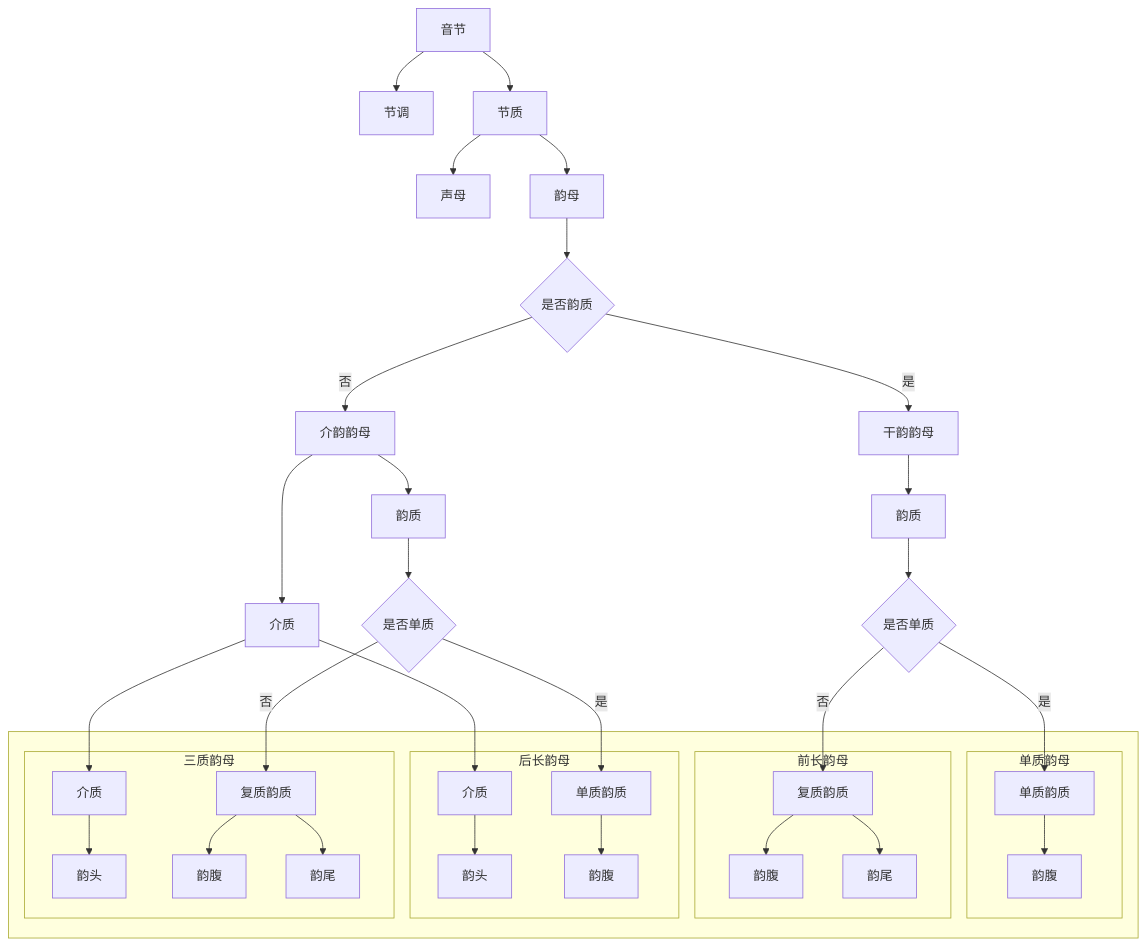
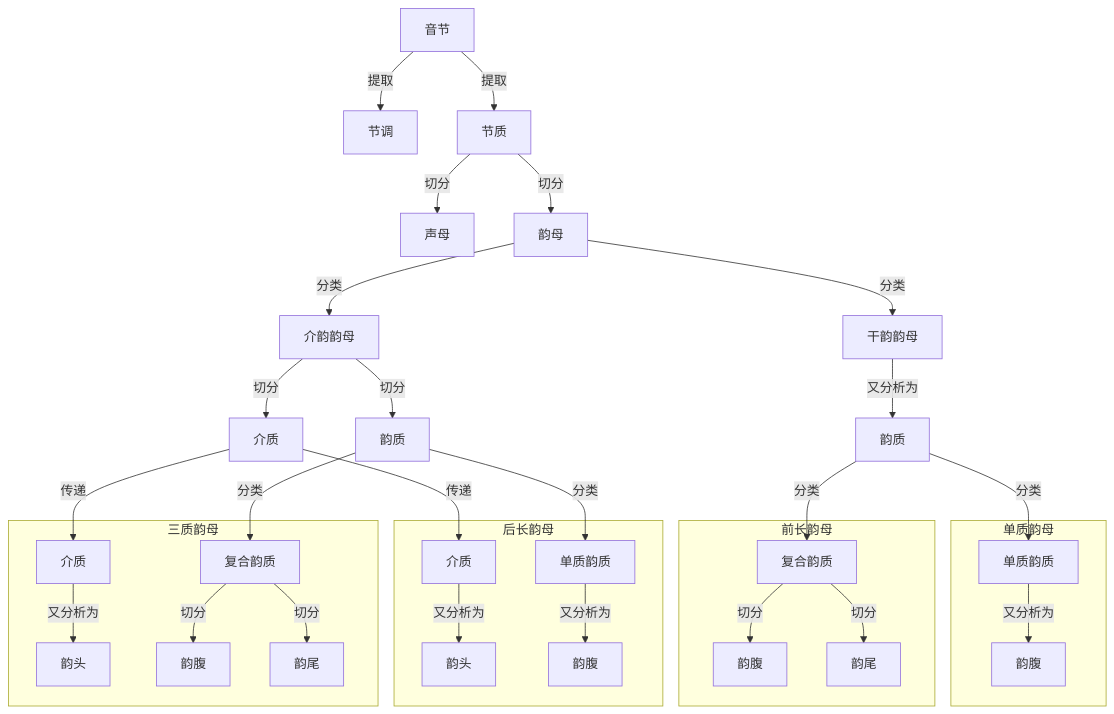
One commit to tsaanghwang/Yime-prototype changed the diagram in YIME_Theory/flowchart/节调质素分析.mmd. Above: the diagram before and after it, drawn with Mermaid. The commit also changed other lines of this file and 9 other files, not shown here.

```diff
--- a/YIME_Theory/flowchart/节调质素分析.mmd
+++ b/YIME_Theory/flowchart/节调质素分析.mmd
@@ -1,37 +1,32 @@
 graph TB
-    A[音节] --> B[节调]
-    A --> C[节质]
-    C --> D[声母]
-    C --> E[韵母]
-    E --> F{是否韵质}
-    F --> |是|G[干韵韵母]
-    G --> H[韵质]
-    F --> |否|I[介韵韵母]
-    I --> J[介质]
-    I --> K[韵质]
-    H --> H1{是否单质}
-    H1 --> |是|L[单质韵质]
-    H1 --> |否|M[复质韵质]
-    K --> K0{是否单质}
-    K0 --> |是|N[单质韵质]
-    K0 --> |否|O[复质韵质]
-    J --> U[介质]
-    J --> V[介质]
-    subgraph 韵母[ ]
-        subgraph 单质韵母[单质韵母]
-            L --> P[韵腹]
-        end
-        subgraph 前长韵母[前长韵母]
-            M --> Q[韵腹]
-            M --> R[韵尾]
-        end
-        subgraph 后长韵母[后长韵母]
-            V --> S[韵头]
-            N --> T[韵腹]
-        end
-        subgraph 三质韵母[三质韵母]
-            U --> W[韵头]
-            O --> X[韵腹]
-            O --> Y[韵尾]
-        end
+    A[音节] --> |提取|B[节调]
+    A --> |提取|C[节质]
+    C --> |切分|D[声母]
+    C --> |切分|E[韵母]
+    E --> |分类|F[干韵韵母]
+    E --> |分类|G[介韵韵母]
+    F --> |又分析为|H[韵质]
+    G --> |切分|I[介质]
+    G --> |切分|J[韵质]
+    H --> |分类|K[单质韵质]
+    H --> |分类|L[复合韵质]
+    J --> |分类|M[单质韵质]
+    J --> |分类|N[复合韵质]
+    I --> |传递|O[介质]
+    I --> |传递|P[介质]
+    subgraph 单质韵母[单质韵母]
+        K --> |又分析为|X[韵腹]
     end
+    subgraph 后长韵母[前长韵母]
+        L --> |切分|V[韵腹]
+        L --> |切分|W[韵尾]
+    end
+    subgraph 前长韵母[后长韵母]
+        O --> |又分析为|T[韵头]
+        M --> |又分析为|U[韵腹]
+    end
+    subgraph 三质韵母[三质韵母]
+        P --> |又分析为|Q[韵头]
+        N --> |切分|R[韵腹]
+        N --> |切分|S[韵尾]
+    end
```
